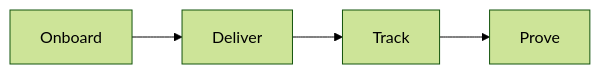
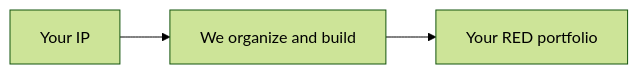
The fifth of 7 diagrams in docs/method/develop-audience.md (redrhino-online/red-canon), drawn with Mermaid (forest theme) before and after one commit. The commit also changed other lines of this file and 4 other files, not shown here.

Commit message:
docs: clarify done-for-you scope, we build the system, you serve your customers

````diff
--- a/docs/method/develop-audience.md
+++ b/docs/method/develop-audience.md
@@ -78,4 +71,4 @@
 ```mermaid
 flowchart LR
-    A[Onboard] --> B[Deliver] --> C[Track] --> D[Prove]
+    A[Your IP] --> B[We organize and build] --> C[Your RED portfolio]
 ```
````
